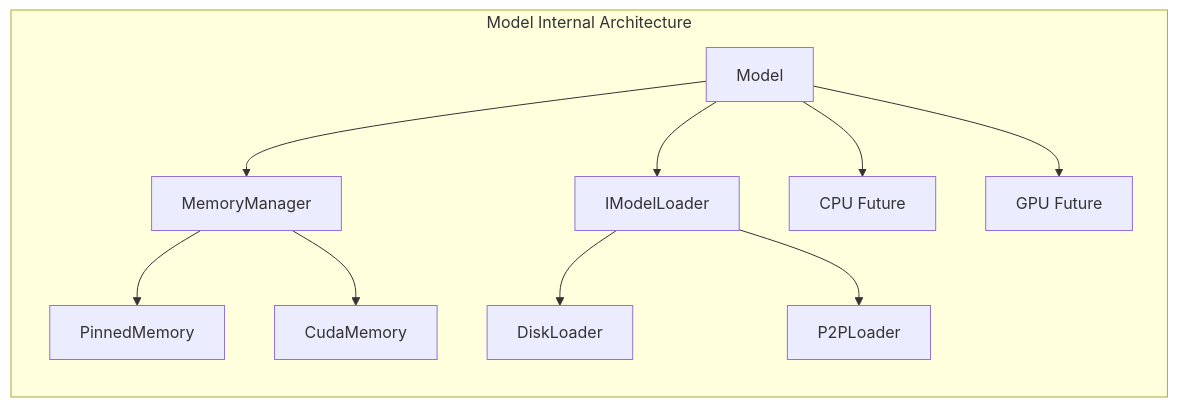
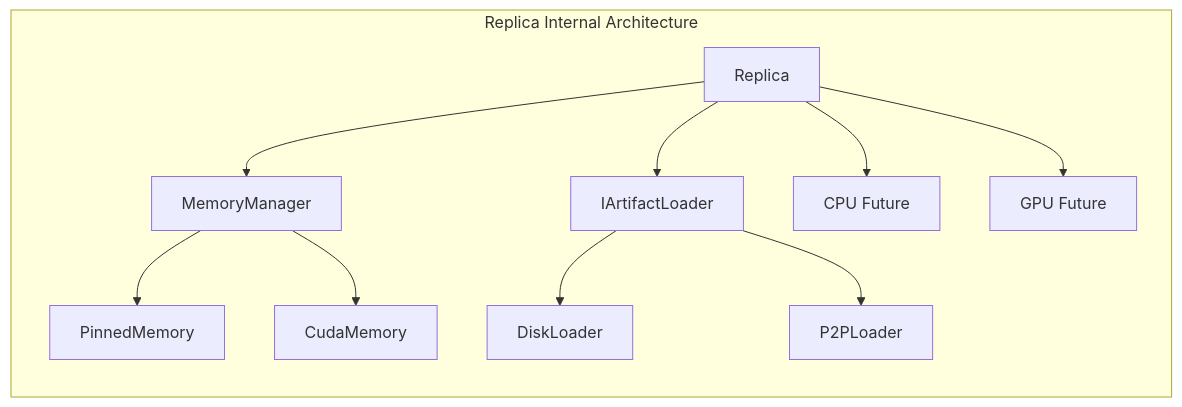
One commit to tensorcast-ai/tensorcast changed the second of 13 diagrams in web-docs/docs/developer-guides/core/store/architecture.md. Above: the diagram before and after it, drawn with Mermaid. The commit also changed other lines of this file and 331 other files, not shown here.

Commit message:
refactor: refactor model to artifact & replica

````diff
--- a/web-docs/docs/developer-guides/core/store/architecture.md
+++ b/web-docs/docs/developer-guides/core/store/architecture.md
@@ -162,15 +162,15 @@
 ```mermaid
 graph LR
-    subgraph "Model Internal Architecture"
-        M[Model] --> MM[MemoryManager]
-        M --> IL[IModelLoader]
+    subgraph "Replica Internal Architecture"
+        M[Replica] --> MM[MemoryManager]
+        M --> IL[IArtifactLoader]
         M --> CF[CPU Future]
         M --> GF[GPU Future]
 
         MM --> PM[PinnedMemory]
         MM --> CM[CudaMemory]
 
         IL --> DL[DiskLoader]
         IL --> RL[P2PLoader]
     end
 ```
````
